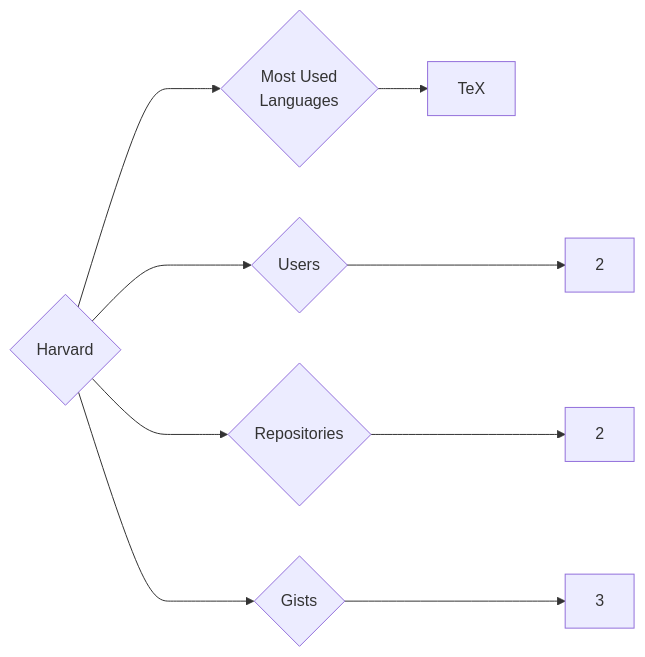
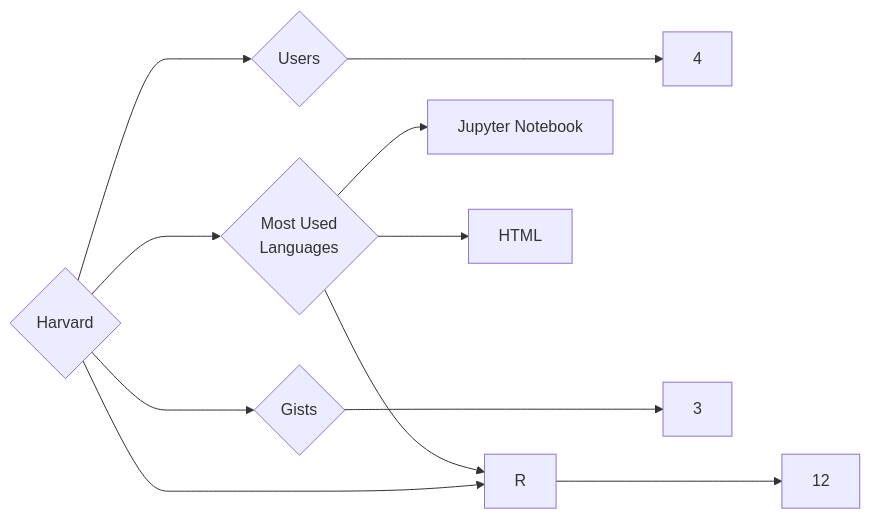
One commit to trickest/insiders changed the diagram in targets/Harvard/README.md. Above: the diagram before and after it, drawn with Mermaid. The commit also changed 1141 other files, not shown here.

````diff
--- a/targets/Harvard/README.md
+++ b/targets/Harvard/README.md
@@ -3,9 +3,11 @@
 ```mermaid
 graph LR
 COMPANY_NAME{Harvard}
-COMPANY_NAME ---> U{Users} ---> UN[2]
-COMPANY_NAME ---> R{Repositories} ---> RN[2]
+COMPANY_NAME ---> U{Users} ---> UN[4]
+COMPANY_NAME ---> R{Repositories} ---> RN[12]
 COMPANY_NAME ---> G{Gists} ---> GN[3]
 COMPANY_NAME ---> ML{Most Used<br>Languages}
-ML --> TeX[TeX]
+ML --> Jupyter_Notebook[Jupyter Notebook]
+ML --> R[R]
+ML --> HTML[HTML]
 ```
````
